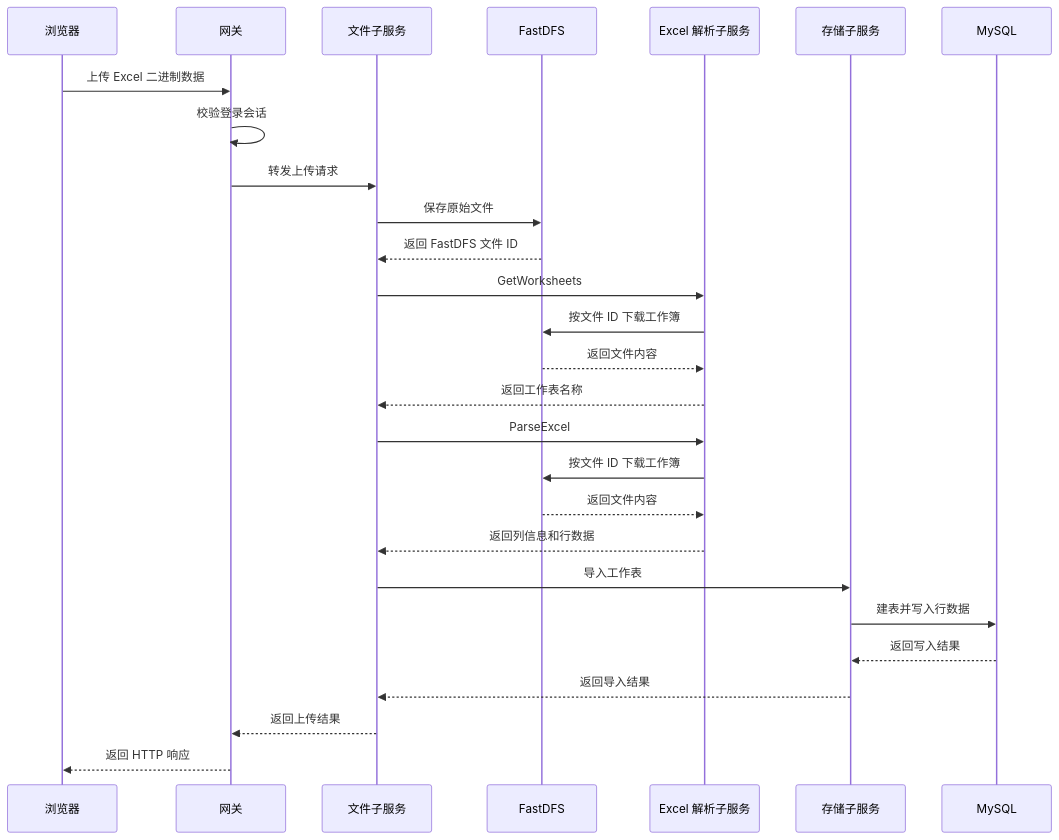
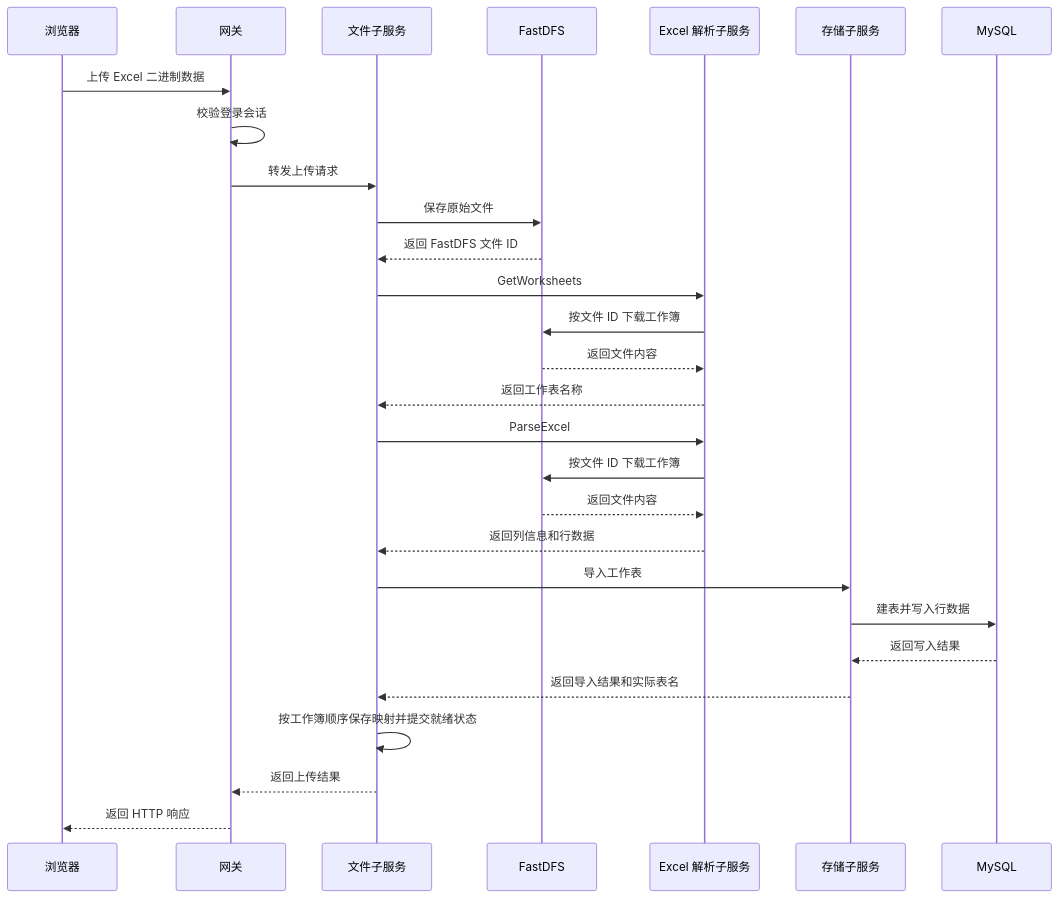
The second of 4 diagrams in chat2data/docs/Excel解析服务.md (Dairenwen/chat2data-cpp), drawn with Mermaid before and after one commit. The commit also changed other lines of this file and 7 other files, not shown here.

````diff
--- a/chat2data/docs/Excel解析服务.md
+++ b/chat2data/docs/Excel解析服务.md
@@ -36,29 +36,30 @@
 ```mermaid
 sequenceDiagram
     participant B as 浏览器
     participant G as 网关
     participant F as 文件子服务
     participant D as FastDFS
     participant E as Excel 解析子服务
     participant S as 存储子服务
     participant M as MySQL
     B->>G: 上传 Excel 二进制数据
     G->>G: 校验登录会话
     G->>F: 转发上传请求
     F->>D: 保存原始文件
     D-->>F: 返回 FastDFS 文件 ID
     F->>E: GetWorksheets
     E->>D: 按文件 ID 下载工作簿
     D-->>E: 返回文件内容
     E-->>F: 返回工作表名称
     F->>E: ParseExcel
     E->>D: 按文件 ID 下载工作簿
     D-->>E: 返回文件内容
     E-->>F: 返回列信息和行数据
     F->>S: 导入工作表
     S->>M: 建表并写入行数据
     M-->>S: 返回写入结果
-    S-->>F: 返回导入结果
+    S-->>F: 返回导入结果和实际表名
+    F->>F: 按工作簿顺序保存映射并提交就绪状态
     F-->>G: 返回上传结果
     G-->>B: 返回 HTTP 响应
 ```
````
